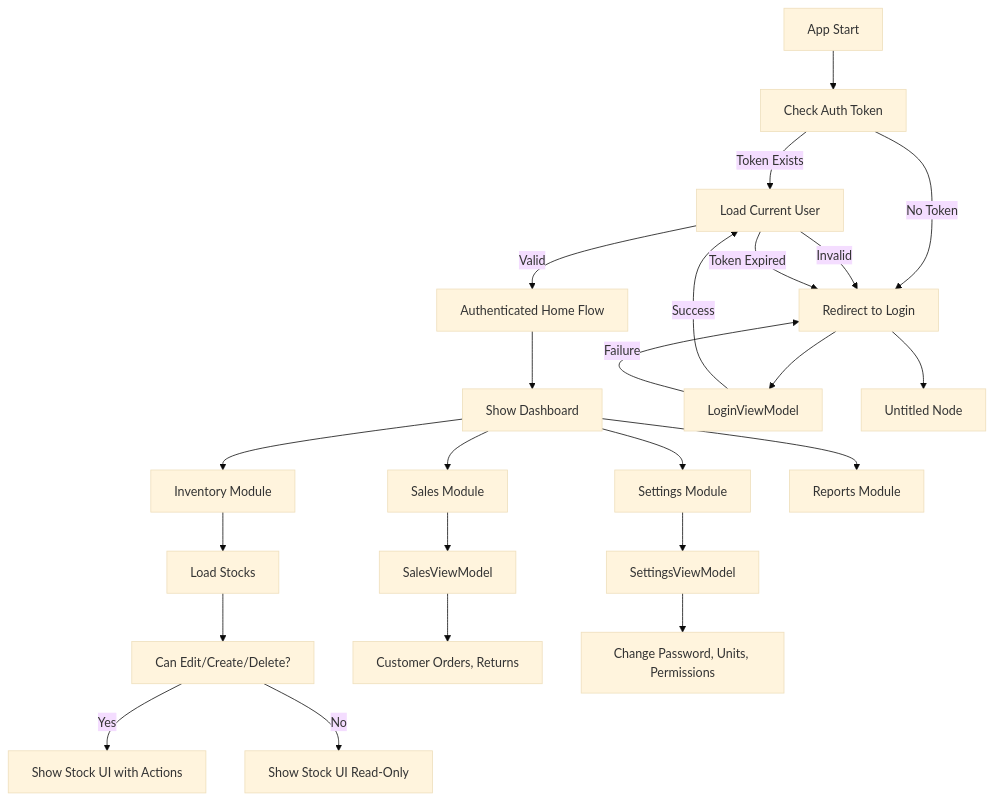
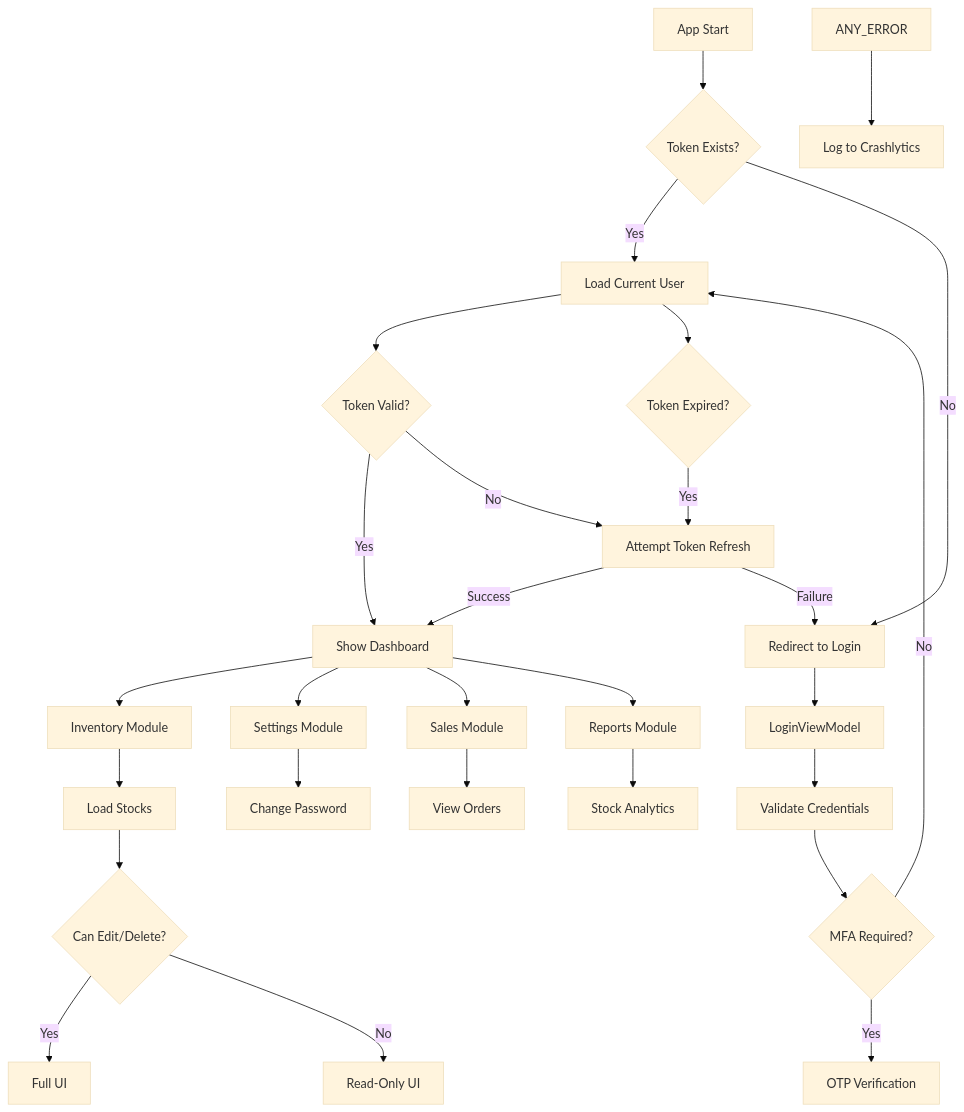
Before and after one commit to Amarsalim30/StockTrack-Pro: the second of 2 diagrams in README.md, drawn with Mermaid (base theme).

````diff
--- a/README.md
+++ b/README.md
@@ -60,29 +60,35 @@
 ```mermaid
 ---
 config:
   layout: dagre
 ---
 flowchart TD
-    A["App Start"] --> B["Check Auth Token"]
-    B -- Token Exists --> C["Load Current User"]
-    B -- No Token --> F["Redirect to Login"]
-    C -- Valid --> D["Authenticated Home Flow"]
-    C -- Invalid --> F
-    D --> DA["Show Dashboard"]
-    DA --> E1["Inventory Module"] & E2["Sales Module"] & E3["Settings Module"] & E4["Reports Module"]
-    E1 --> I1["Load Stocks"]
-    I1 --> I2["Can Edit/Create/Delete?"]
-    I2 -- Yes --> I3["Show Stock UI with Actions"]
-    I2 -- No --> I4["Show Stock UI Read-Only"]
-    E2 --> S1["SalesViewModel"]
-    S1 --> S2["Customer Orders, Returns"]
-    E3 --> ST1["SettingsViewModel"]
-    ST1 --> ST2["Change Password, Units, Permissions"]
-    F --> L1["LoginViewModel"]
-    L1 -- Success --> C
-    L1 -- Failure --> F
-    C -- Token Expired --> F
-    F --> n1["Untitled Node"]
-    click A "https://docs.flutter.dev/development/ui/overview"
-    click L1 "https://riverpod.dev/docs/essentials/providers/"
+
+  A["App Start"] --> B{"Token Exists?"}
+  B -- Yes --> C["Load Current User"]
+  B -- No --> F["Redirect to Login"]
+
+  C --> D{"Token Valid?"}
+  D -- Yes --> E["Show Dashboard"]
+  D -- No --> TR["Attempt Token Refresh"]
+  TR -- Success --> E
+  TR -- Failure --> F
+
+  F --> L["LoginViewModel"]
+  L --> P["Validate Credentials"]
+  P --> MFA{"MFA Required?"}
+  MFA -- Yes --> M1["OTP Verification"]
+  MFA -- No --> C
+
+  E --> INV["Inventory Module"]
+  INV --> IV1["Load Stocks"] --> IV2{"Can Edit/Delete?"}
+  IV2 -- Yes --> IV3["Full UI"]
+  IV2 -- No --> IV4["Read-Only UI"]
+
+  E --> SETTINGS["Settings Module"] --> S1["Change Password"]
+  E --> SALES["Sales Module"] --> SA1["View Orders"]
+  E --> REPORTS["Reports Module"] --> R1["Stock Analytics"]
+
+  C --> ERR{"Token Expired?"} -->|Yes| TR
+  ANY_ERROR --> CRASH["Log to Crashlytics"]
 ```
````
